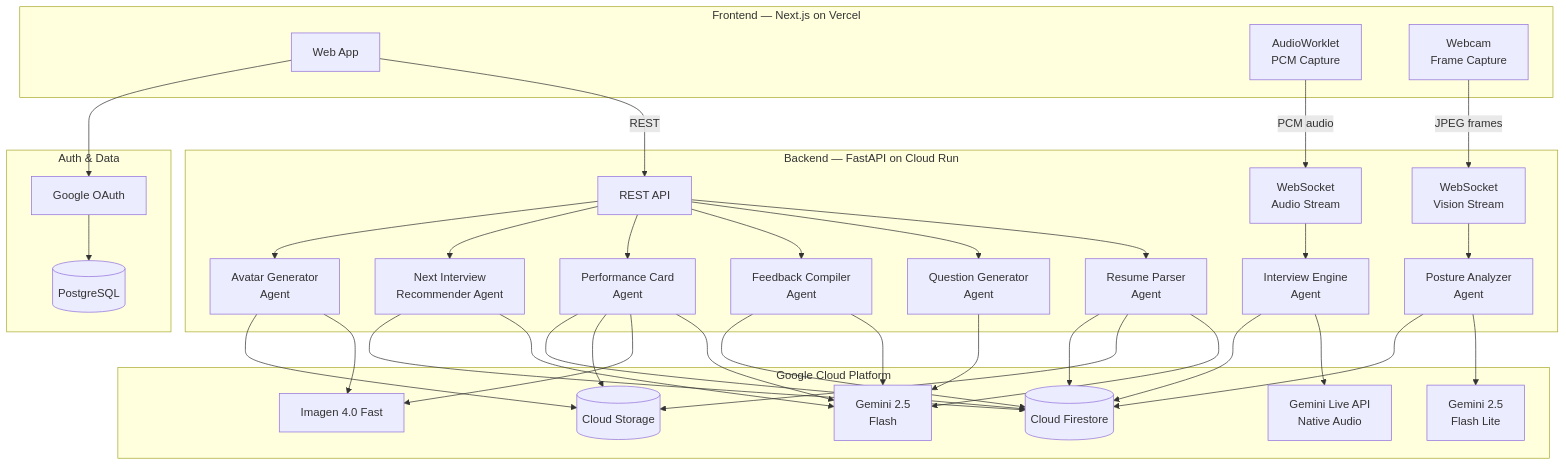
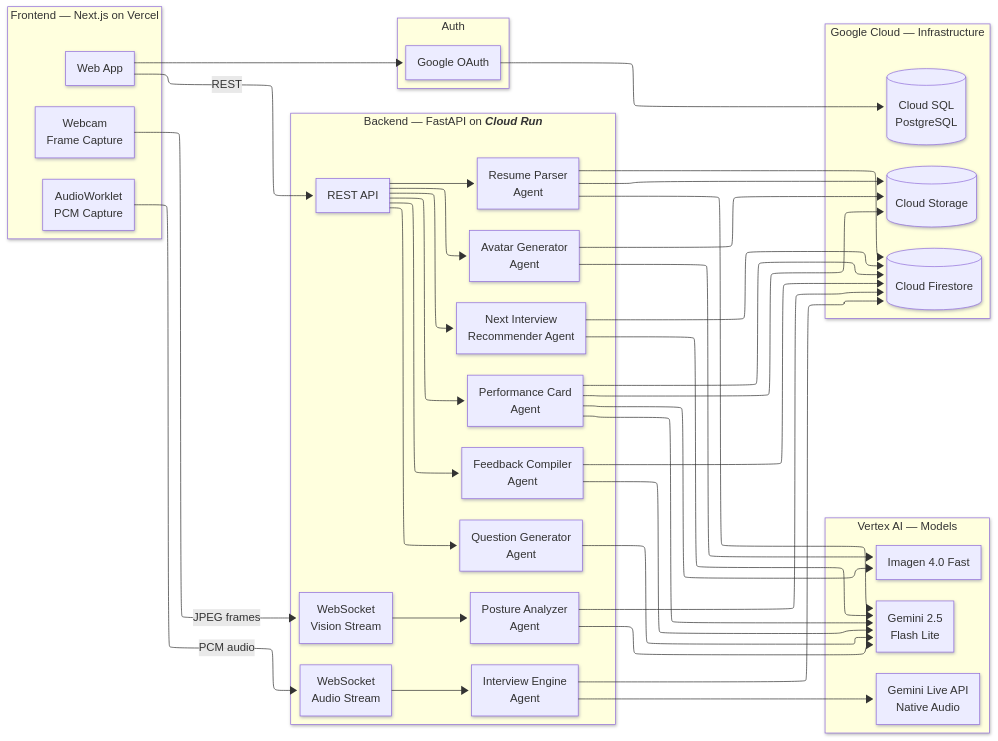
The first of 3 diagrams in README.md (mockmate-app/mockmate), drawn with Mermaid before and after one commit. The commit also changed other lines of this file and 3 other files, not shown here.

````diff
--- a/README.md
+++ b/README.md
@@ -78,56 +78,55 @@
 ```mermaid
-graph TB
-    subgraph "Frontend — Next.js on Vercel"
-        UI[Web App]
-        AW[AudioWorklet<br/>PCM Capture]
-        WC[Webcam<br/>Frame Capture]
-    end
-
-    subgraph "Backend — FastAPI on Cloud Run"
-        API[REST API]
-        WSA[WebSocket<br/>Audio Stream]
-        WSV[WebSocket<br/>Vision Stream]
-        RP[Resume Parser<br/>Agent]
-        QG[Question Generator<br/>Agent]
-        IE[Interview Engine<br/>Agent]
-        PA[Posture Analyzer<br/>Agent]
-        FC[Feedback Compiler<br/>Agent]
-        PC[Performance Card<br/>Agent]
-        NR[Next Interview<br/>Recommender Agent]
-        IA[Avatar Generator<br/>Agent]
-    end
-
-    subgraph "Google Cloud Platform"
-        GLA[Gemini Live API<br/>Native Audio]
-        GF[Gemini 2.5<br/>Flash]
-        GFL[Gemini 2.5<br/>Flash Lite]
-        IG[Imagen 4.0 Fast]
-        FS[(Cloud Firestore)]
-        GCS[(Cloud Storage)]
-    end
-
-    subgraph "Auth & Data"
-        GA[Google OAuth]
-        PG[(PostgreSQL)]
-    end
-
+---
+config:
+  layout: elk
+  look: neo
+---
+flowchart LR
+ subgraph subGraph0["Frontend — Next.js on Vercel"]
+        UI["Web App"]
+        AW["AudioWorklet<br>PCM Capture"]
+        WC["Webcam<br>Frame Capture"]
+  end
+ subgraph subGraph1["Backend — FastAPI on <b><i>Cloud Run</i></b>"]
+        API["REST API"]
+        WSA["WebSocket<br>Audio Stream"]
+        WSV["WebSocket<br>Vision Stream"]
+        RP["Resume Parser<br>Agent"]
+        QG["Question Generator<br>Agent"]
+        IE["Interview Engine<br>Agent"]
+        PA["Posture Analyzer<br>Agent"]
+        FC["Feedback Compiler<br>Agent"]
+        PC["Performance Card<br>Agent"]
+        NR["Next Interview<br>Recommender Agent"]
+        IA["Avatar Generator<br>Agent"]
+  end
+ subgraph subGraph2["Vertex AI — Models"]
+        GLA["Gemini Live API<br>Native Audio"]
+        GFL["Gemini 2.5<br>Flash Lite"]
+        IG["Imagen 4.0 Fast"]
+  end
+ subgraph subGraph3["Google Cloud — Infrastructure"]
+        FS[("Cloud Firestore")]
+        GCS[("Cloud Storage")]
+        PG[("Cloud SQL<br>PostgreSQL")]
+  end
+ subgraph subGraph4["Auth"]
+        GA["Google OAuth"]
+  end
     UI -- REST --> API
     AW -- PCM audio --> WSA
     WC -- JPEG frames --> WSV
-
     API --> RP & QG & FC & PC & NR & IA
     WSA --> IE
     WSV --> PA
-
-    RP --> GF & GCS & FS
-    QG --> GF
+    RP --> GFL & GCS & FS
+    QG --> GFL
     IE --> GLA & FS
     PA --> GFL & FS
-    FC --> GF & FS
-    PC --> GF & IG & GCS & FS
-    NR --> GF & FS
+    FC --> GFL & FS
+    PC --> GFL & IG & GCS & FS
+    NR --> GFL & FS
     IA --> IG & GCS
-
     UI --> GA
     GA --> PG
 ```
````
